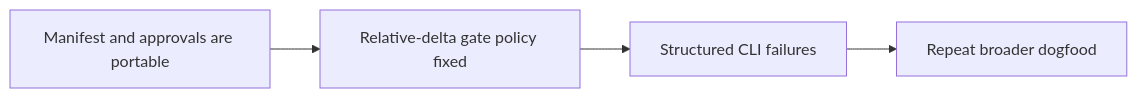
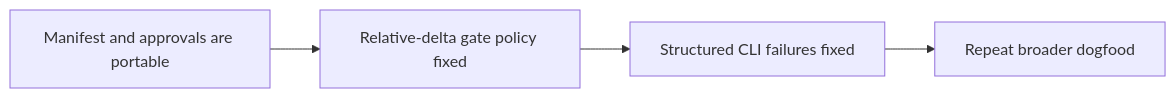
One commit to 1amageek/circuit-studio changed the second of 4 diagrams in docs/dogfooding-2026-05-15-round-trip-artifacts.md. Above: the diagram before and after it, drawn with Mermaid. The commit also changed other lines of this file and 1 other file, not shown here.

Commit message:
Structure flow runner failure output

````diff
--- a/docs/dogfooding-2026-05-15-round-trip-artifacts.md
+++ b/docs/dogfooding-2026-05-15-round-trip-artifacts.md
@@ -101,6 +101,6 @@
 ```mermaid
 flowchart LR
   Current["Manifest and approvals are portable"] --> Delta["Relative-delta gate policy fixed"]
-  Delta --> CLI["Structured CLI failures"]
+  Delta --> CLI["Structured CLI failures fixed"]
   CLI --> Dogfood["Repeat broader dogfood"]
 ```
````
